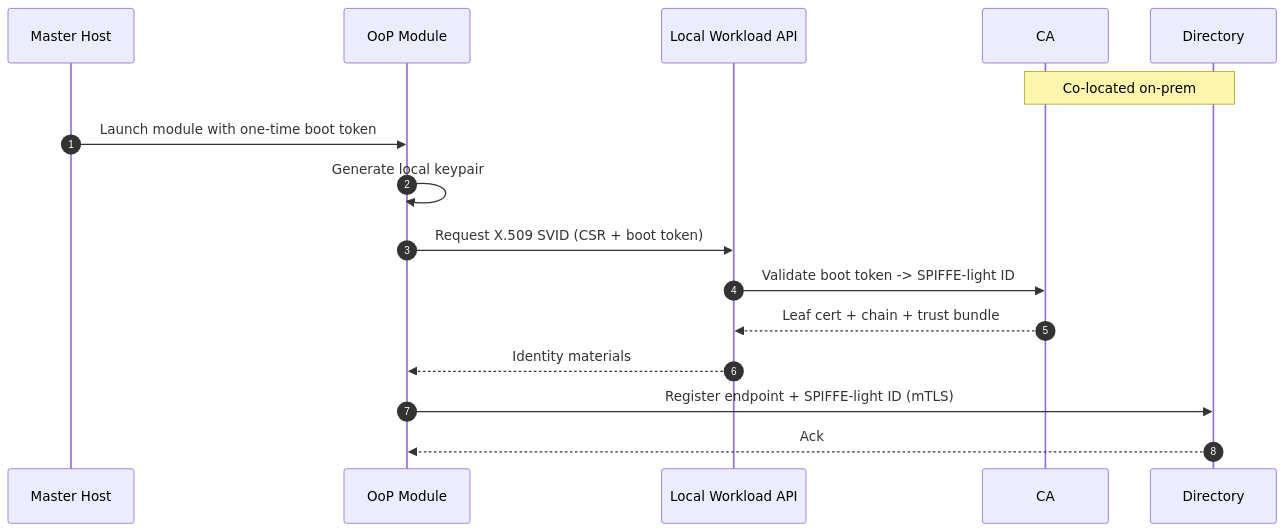
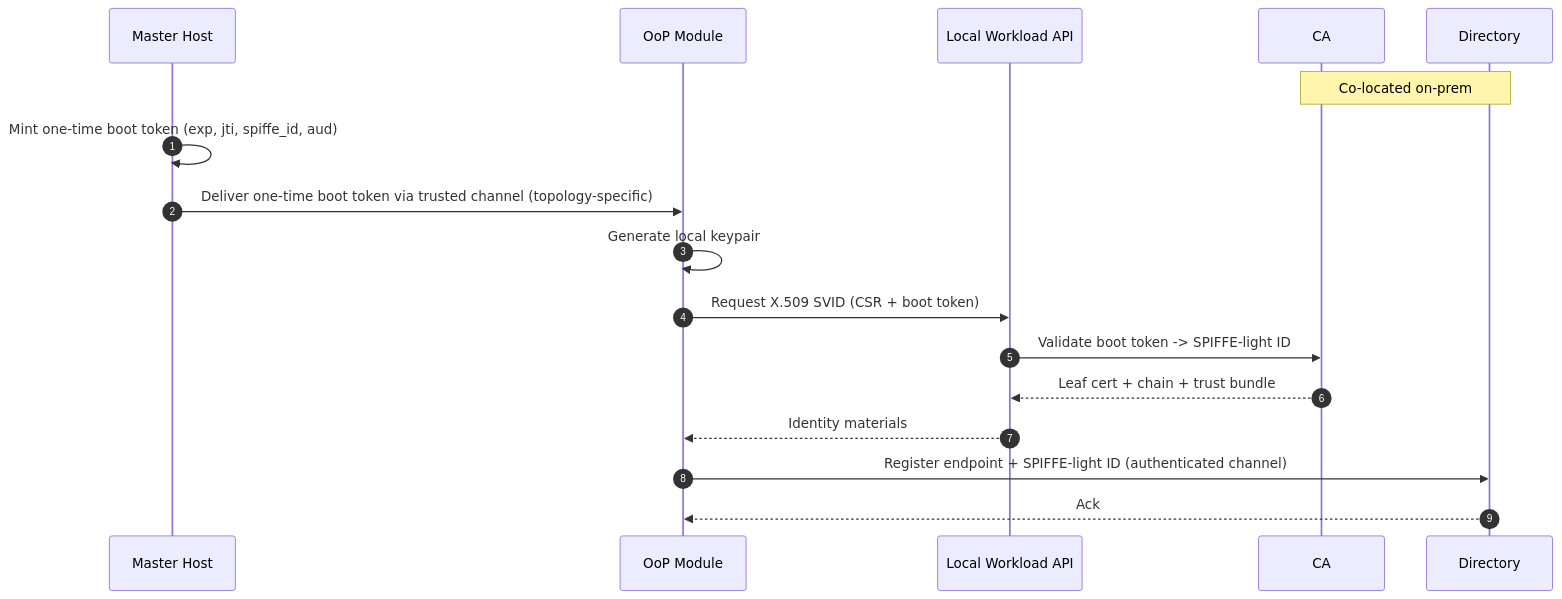
The third of 6 diagrams in modkit_zero_trust.MD (MikeFalcon77/modkit-zero-trust), drawn with Mermaid before and after one commit. The commit also changed other lines of this file and 1 other file, not shown here.

````diff
--- a/modkit_zero_trust.MD
+++ b/modkit_zero_trust.MD
@@ -979,20 +1209,21 @@
 ```mermaid
 sequenceDiagram
   autonumber
   participant MH as Master Host
   participant MOD as OoP Module
   participant WAPI as Local Workload API
   participant CA as CA
   participant DIR as Directory
 
   Note over CA,DIR: Co-located on-prem
 
-  MH->>MOD: Launch module with one-time boot token
+  MH->>MH: Mint one-time boot token (exp, jti, spiffe_id, aud)
+  MH->>MOD: Deliver one-time boot token via trusted channel (topology-specific)
   MOD->>MOD: Generate local keypair
   MOD->>WAPI: Request X.509 SVID (CSR + boot token)
   WAPI->>CA: Validate boot token -> SPIFFE-light ID
   CA-->>WAPI: Leaf cert + chain + trust bundle
   WAPI-->>MOD: Identity materials
-  MOD->>DIR: Register endpoint + SPIFFE-light ID (mTLS)
+  MOD->>DIR: Register endpoint + SPIFFE-light ID (authenticated channel)
   DIR-->>MOD: Ack
 ```
````
